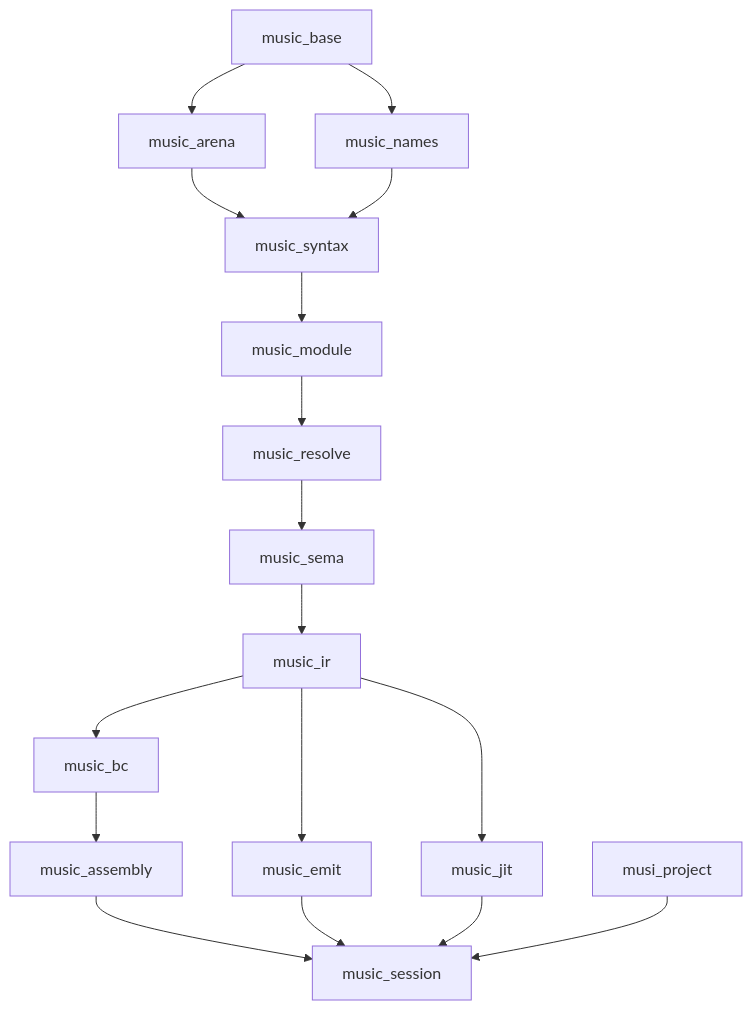
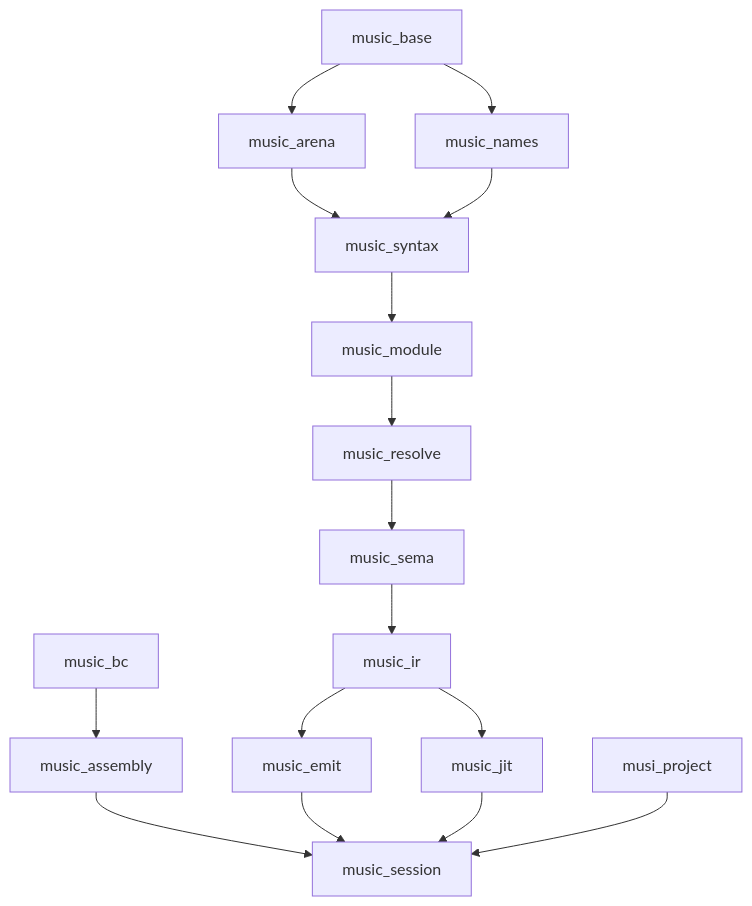
One commit to musi-lang/musi changed the diagram in docs/09-architecture.md. Above: the diagram before and after it, drawn with Mermaid. The commit also changed other lines of this file and 25 other files, not shown here.

````diff
--- a/docs/09-architecture.md
+++ b/docs/09-architecture.md
@@ -60,26 +62,26 @@
 ```mermaid
 graph TD
   base[music_base]
   arena[music_arena]
   names[music_names]
   syntax[music_syntax]
   module[music_module]
   resolve[music_resolve]
   sema[music_sema]
   ir[music_ir]
   bc[music_bc]
   assembly[music_assembly]
   emit[music_emit]
   jit[music_jit]
   session[music_session]
   project[musi_project]
 
   base --> arena
   base --> names
   arena --> syntax
   names --> syntax --> module --> resolve --> sema --> ir
-  ir --> bc --> assembly --> session
+  bc --> assembly --> session
   ir --> emit --> session
   ir --> jit --> session
   project --> session
 ```
````
